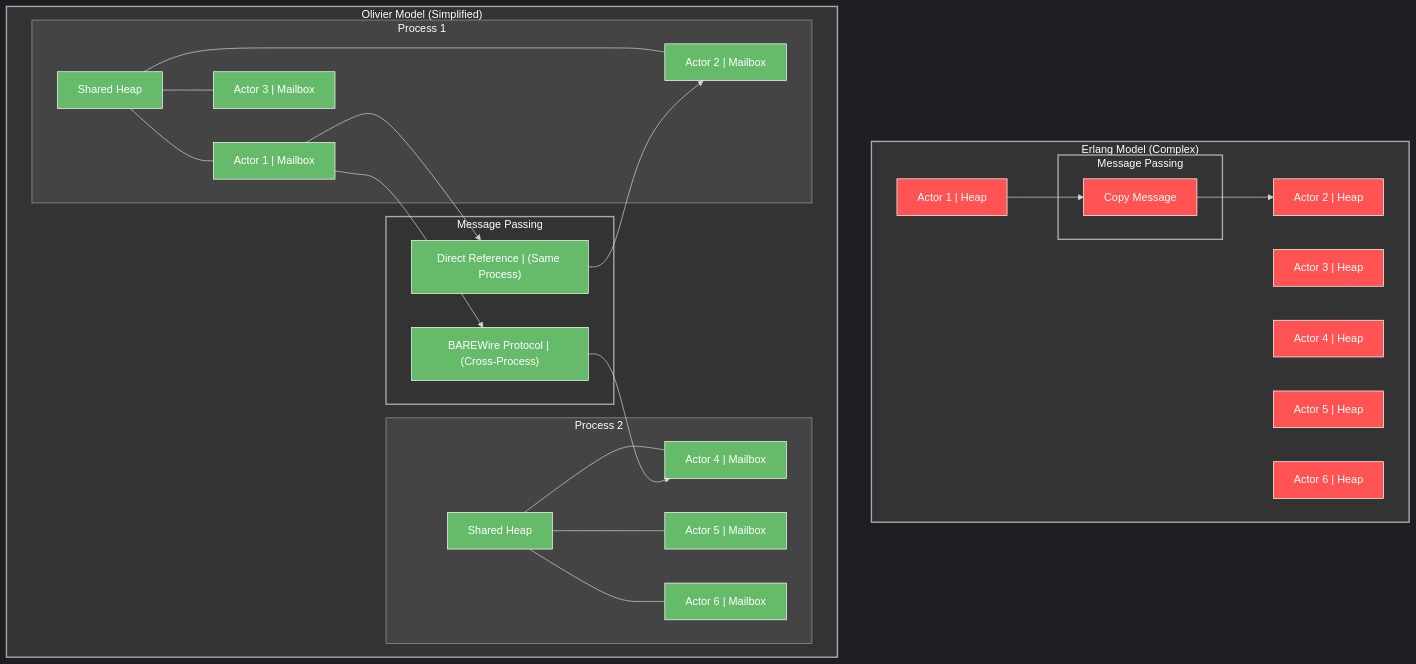
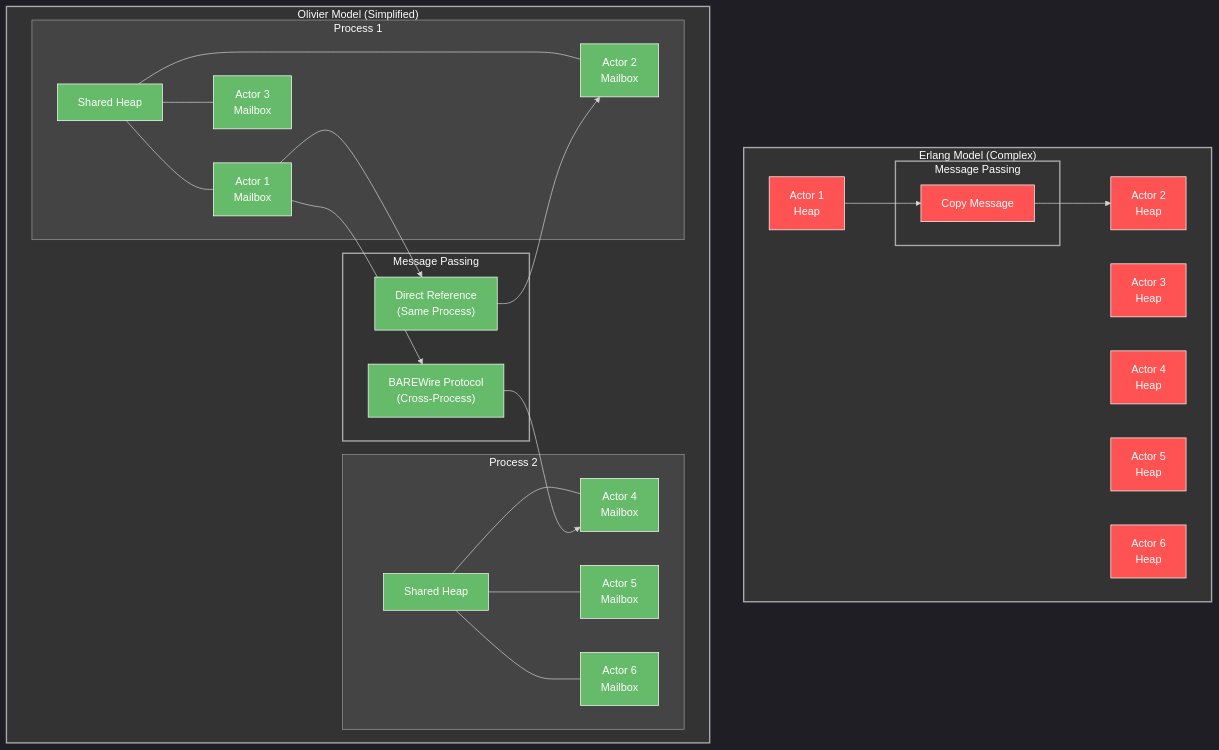
One commit to houstonhaynes/AD4SDocs changed the fifth of 12 diagrams in 06 Fidelity framework Beyond Resilience.md. Above: the diagram before and after it, drawn with Mermaid. The commit also changed other lines of this file and 5 other files, not shown here.

Commit message:
fix mermaid part two

````diff
--- a/06 Fidelity framework Beyond Resilience.md
+++ b/06 Fidelity framework Beyond Resilience.md
@@ -303,74 +303,74 @@
 ```mermaid
 %%{init: {'theme': 'dark', 'themeVariables': { 'primaryColor': '#242424', 'primaryTextColor': '#fff', 'primaryBorderColor': '#888', 'lineColor': '#d3d3d3', 'secondaryColor': '#2b2b2b', 'tertiaryColor': '#333' }}}%%
 flowchart TB
     subgraph Erlang["Erlang Model (Complex)"]
-        EA1["Actor 1 | Heap"]
-        EA2["Actor 2 | Heap"]
-        EA3["Actor 3 | Heap"]
-        EA4["Actor 4 | Heap"]
-        EA5["Actor 5 | Heap"]
-        EA6["Actor 6 | Heap"]
+        EA1["Actor 1<br>Heap"]
+        EA2["Actor 2<br>Heap"]
+        EA3["Actor 3<br>Heap"]
+        EA4["Actor 4<br>Heap"]
+        EA5["Actor 5<br>Heap"]
+        EA6["Actor 6<br>Heap"]
         
         subgraph EMsg["Message Passing"]
             Copy["Copy Message"]
         end
         
         EA1 --> Copy --> EA2
     end
     
     subgraph Olivier["Olivier Model (Simplified)"]
         subgraph Process1["Process 1"]
             Heap1["Shared Heap"]
-            OA1["Actor 1 | Mailbox"]
-            OA2["Actor 2 | Mailbox"]
-            OA3["Actor 3 | Mailbox"]
+            OA1["Actor 1<br>Mailbox"]
+            OA2["Actor 2<br>Mailbox"]
+            OA3["Actor 3<br>Mailbox"]
             
             Heap1 --- OA1
             Heap1 --- OA2
             Heap1 --- OA3
         end
         
         subgraph Process2["Process 2"]
             Heap2["Shared Heap"]
-            OA4["Actor 4 | Mailbox"]
-            OA5["Actor 5 | Mailbox"]
-            OA6["Actor 6 | Mailbox"]
+            OA4["Actor 4<br>Mailbox"]
+            OA5["Actor 5<br>Mailbox"]
+            OA6["Actor 6<br>Mailbox"]
             
             Heap2 --- OA4
             Heap2 --- OA5
             Heap2 --- OA6
         end
         
         subgraph OMsg["Message Passing"]
-            DirectRef["Direct Reference | (Same Process)"]
-            BAREWire["BAREWire Protocol | (Cross-Process)"]
+            DirectRef["Direct Reference<br>(Same Process)"]
+            BAREWire["BAREWire Protocol<br>(Cross-Process)"]
         end
         
         OA1 --> DirectRef --> OA2
         OA1 --> BAREWire --> OA4
     end
     
     style Erlang fill:#333,stroke:#aaa,stroke-width:2px,color:#fff
     style Olivier fill:#333,stroke:#aaa,stroke-width:2px,color:#fff
     style EMsg fill:#333,stroke:#aaa,stroke-width:2px,color:#fff
     style OMsg fill:#333,stroke:#aaa,stroke-width:2px,color:#fff
     style Process1 fill:#444,stroke:#999,stroke-width:1px,color:#fff
     style Process2 fill:#444,stroke:#999,stroke-width:1px,color:#fff
     style EA1 fill:#FF5252,stroke:#fff,stroke-width:1px,color:#fff
     style EA2 fill:#FF5252,stroke:#fff,stroke-width:1px,color:#fff
     style EA3 fill:#FF5252,stroke:#fff,stroke-width:1px,color:#fff
     style EA4 fill:#FF5252,stroke:#fff,stroke-width:1px,color:#fff
     style EA5 fill:#FF5252,stroke:#fff,stroke-width:1px,color:#fff
     style EA6 fill:#FF5252,stroke:#fff,stroke-width:1px,color:#fff
     style Copy fill:#FF5252,stroke:#fff,stroke-width:1px,color:#fff
     style Heap1 fill:#66BB6A,stroke:#fff,stroke-width:1px,color:#fff
     style Heap2 fill:#66BB6A,stroke:#fff,stroke-width:1px,color:#fff
     style OA1 fill:#66BB6A,stroke:#fff,stroke-width:1px,color:#fff
     style OA2 fill:#66BB6A,stroke:#fff,stroke-width:1px,color:#fff
     style OA3 fill:#66BB6A,stroke:#fff,stroke-width:1px,color:#fff
     style OA4 fill:#66BB6A,stroke:#fff,stroke-width:1px,color:#fff
     style OA5 fill:#66BB6A,stroke:#fff,stroke-width:1px,color:#fff
     style OA6 fill:#66BB6A,stroke:#fff,stroke-width:1px,color:#fff
     style DirectRef fill:#66BB6A,stroke:#fff,stroke-width:1px,color:#fff
     style BAREWire fill:#66BB6A,stroke:#fff,stroke-width:1px,color:#fff
 ```
````
